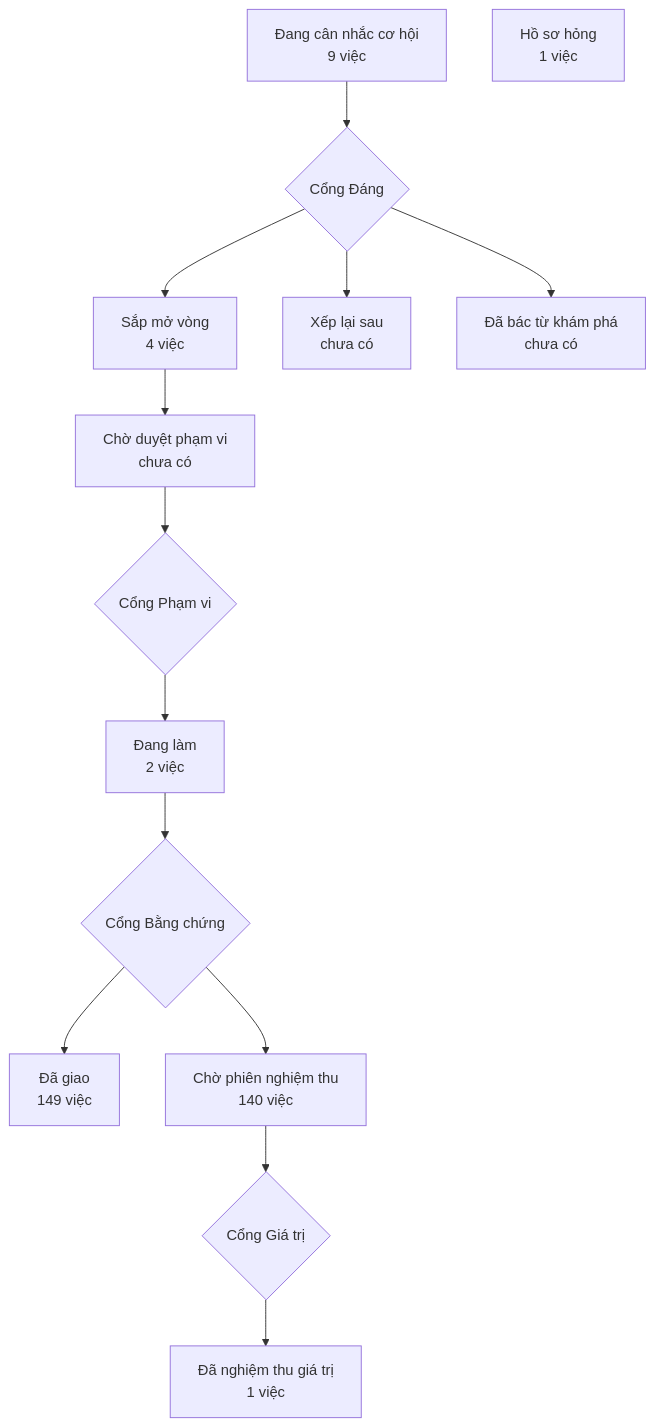
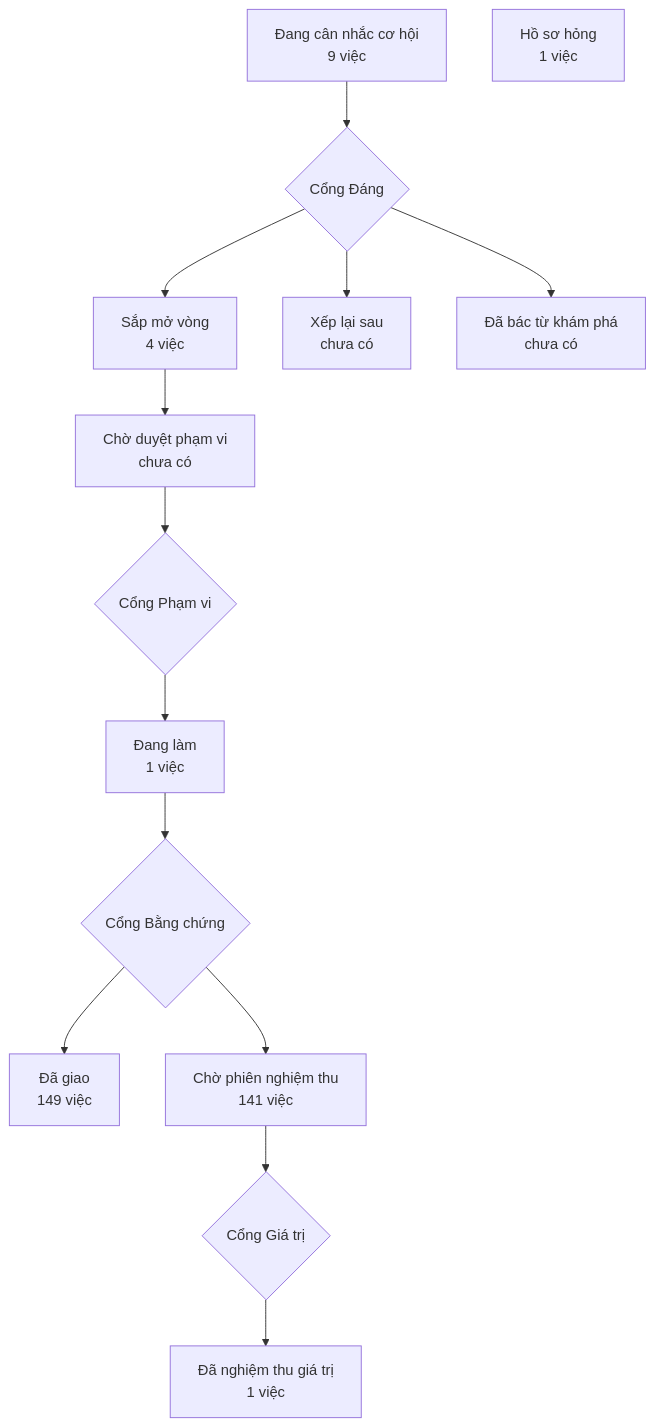
The diagram in PRODUCT-MAP.md (phanlemanh/crm-onehub), drawn with Mermaid before and after one commit. The commit also changed 4 other files, not shown here.

Commit message:
Gate 2 signoff: du-an-gantt — manh

````diff
--- a/PRODUCT-MAP.md
+++ b/PRODUCT-MAP.md
@@ -7,13 +7,13 @@
 ```mermaid
 flowchart TD
   A["Đang cân nhắc cơ hội<br/>9 việc"] --> GD{"Cổng Đáng"}
   GD --> B["Sắp mở vòng<br/>4 việc"]
   GD --> XL["Xếp lại sau<br/>chưa có"]
   GD --> DB["Đã bác từ khám phá<br/>chưa có"]
   B --> CD["Chờ duyệt phạm vi<br/>chưa có"] --> GP{"Cổng Phạm vi"}
-  GP --> DL["Đang làm<br/>2 việc"] --> GB{"Cổng Bằng chứng"}
+  GP --> DL["Đang làm<br/>1 việc"] --> GB{"Cổng Bằng chứng"}
   GB --> DG["Đã giao<br/>149 việc"]
-  GB --> CN["Chờ phiên nghiệm thu<br/>140 việc"] --> GG{"Cổng Giá trị"}
+  GB --> CN["Chờ phiên nghiệm thu<br/>141 việc"] --> GG{"Cổng Giá trị"}
   GG --> NT["Đã nghiệm thu giá trị<br/>1 việc"]
   HS["Hồ sơ hỏng<br/>1 việc"]
 ```
````
